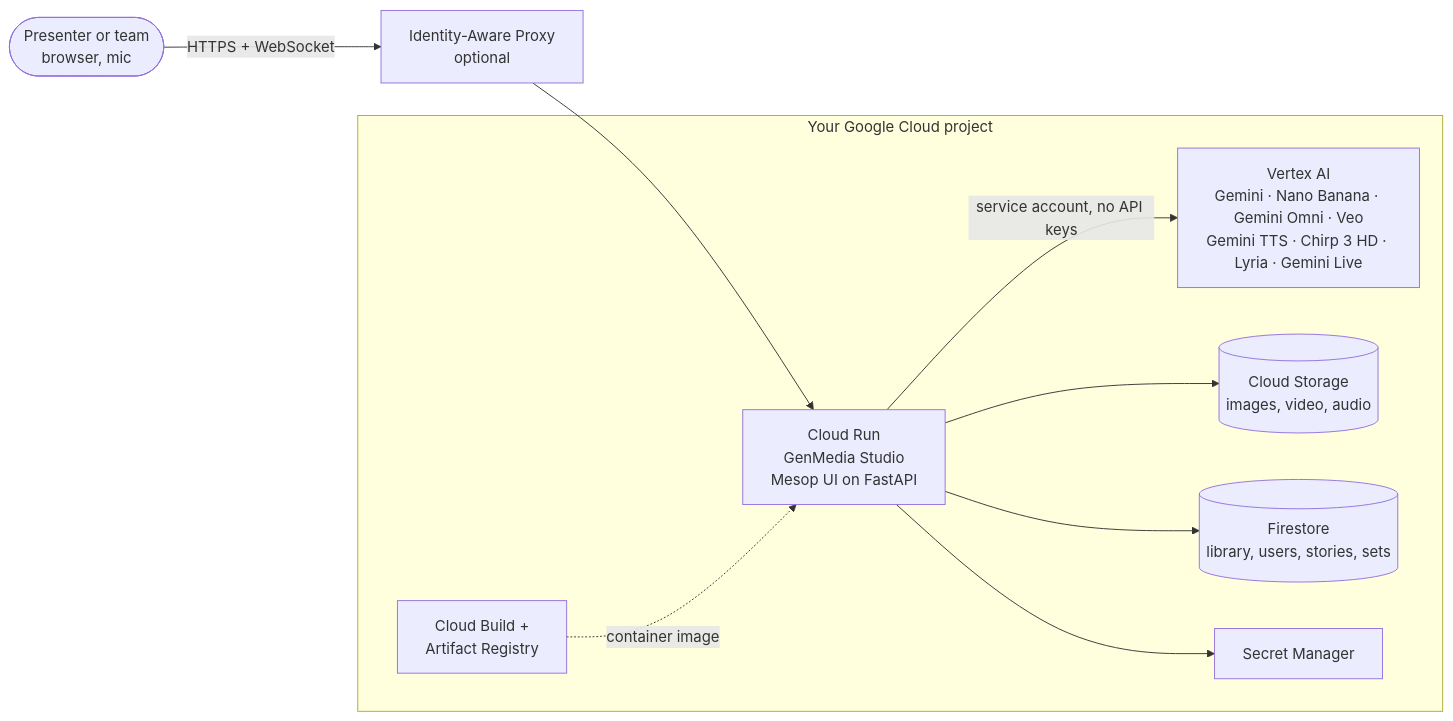
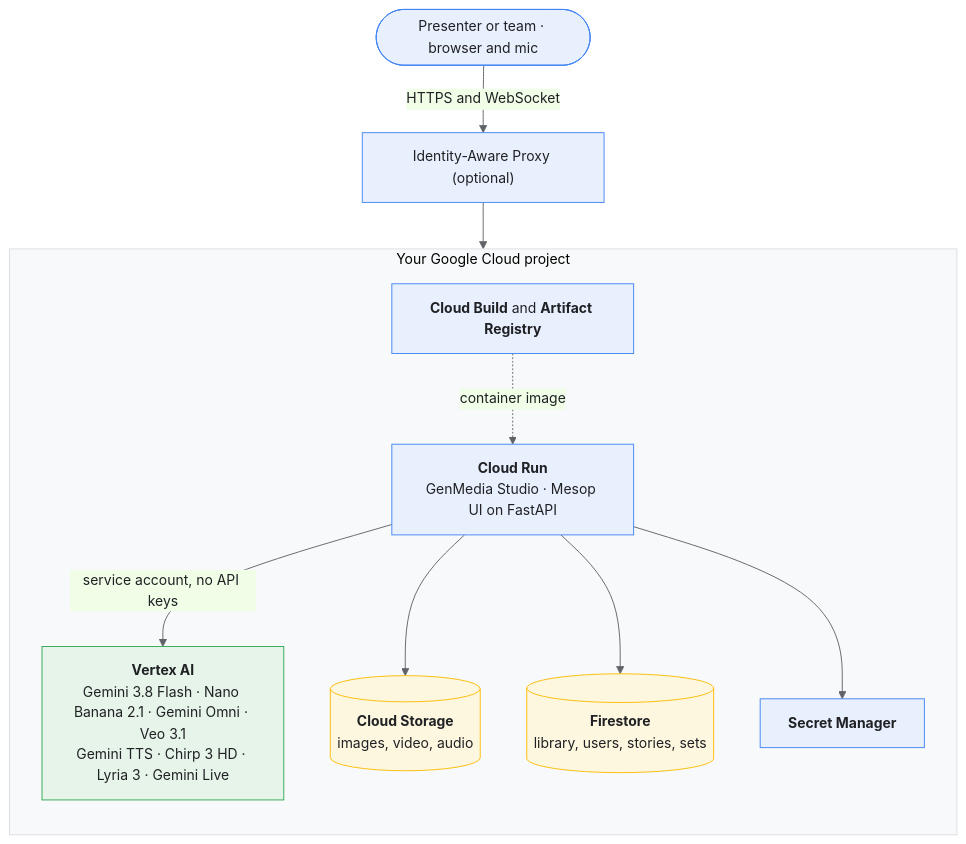
The diagram in README.md (ProjectZero02/creative-studio), drawn with Mermaid before and after one commit. The commit also changed other lines of this file, not shown here.

Commit message:
docs: clearer architecture diagram and language badge in README

````diff
--- a/README.md
+++ b/README.md
@@ -164,20 +164,21 @@
 ```mermaid
-flowchart LR
-  user([Presenter or team<br>browser, mic]) -->|HTTPS + WebSocket| iap[Identity-Aware Proxy<br>optional]
+%%{init: {"theme": "base", "themeVariables": {"fontFamily": "Google Sans, Roboto, Arial", "fontSize": "15px", "primaryColor": "#E8F0FE", "primaryBorderColor": "#4285F4", "primaryTextColor": "#202124", "lineColor": "#5F6368", "clusterBkg": "#F8F9FA", "clusterBorder": "#DADCE0"}}}%%
+flowchart TB
+  user(["Presenter or team · browser and mic"]) -- "HTTPS and WebSocket" --> iap["Identity-Aware Proxy (optional)"]
   iap --> run
 
-  subgraph gcp [Your Google Cloud project]
-    run[Cloud Run<br>GenMedia Studio<br>Mesop UI on FastAPI]
-    vertex[Vertex AI<br>Gemini · Nano Banana · Gemini Omni · Veo<br>Gemini TTS · Chirp 3 HD · Lyria · Gemini Live]
-    gcs[(Cloud Storage<br>images, video, audio)]
-    fs[(Firestore<br>library, users, stories, sets)]
-    sm[Secret Manager]
-    build[Cloud Build +<br>Artifact Registry]
+  subgraph gcp ["Your Google Cloud project"]
+    direction TB
+    run["<b>Cloud Run</b><br>GenMedia Studio · Mesop UI on FastAPI"]
+    run -- "service account, no API keys" --> vertex["<b>Vertex AI</b><br>Gemini 3.8 Flash · Nano Banana 2.1 · Gemini Omni · Veo 3.1<br>Gemini TTS · Chirp 3 HD · Lyria 3 · Gemini Live"]
+    run --> gcs[("<b>Cloud Storage</b><br>images, video, audio")]
+    run --> fs[("<b>Firestore</b><br>library, users, stories, sets")]
+    run --> sm["<b>Secret Manager</b>"]
+    build["<b>Cloud Build</b> and <b>Artifact Registry</b>"] -. "container image" .-> run
   end
 
-  run -->|service account, no API keys| vertex
-  run --> gcs
-  run --> fs
-  run --> sm
-  build -.->|container image| run
+  classDef ai fill:#E6F4EA,stroke:#34A853,color:#202124
+  classDef data fill:#FEF7E0,stroke:#FBBC04,color:#202124
+  class vertex ai
+  class gcs,fs data
 ```
````
